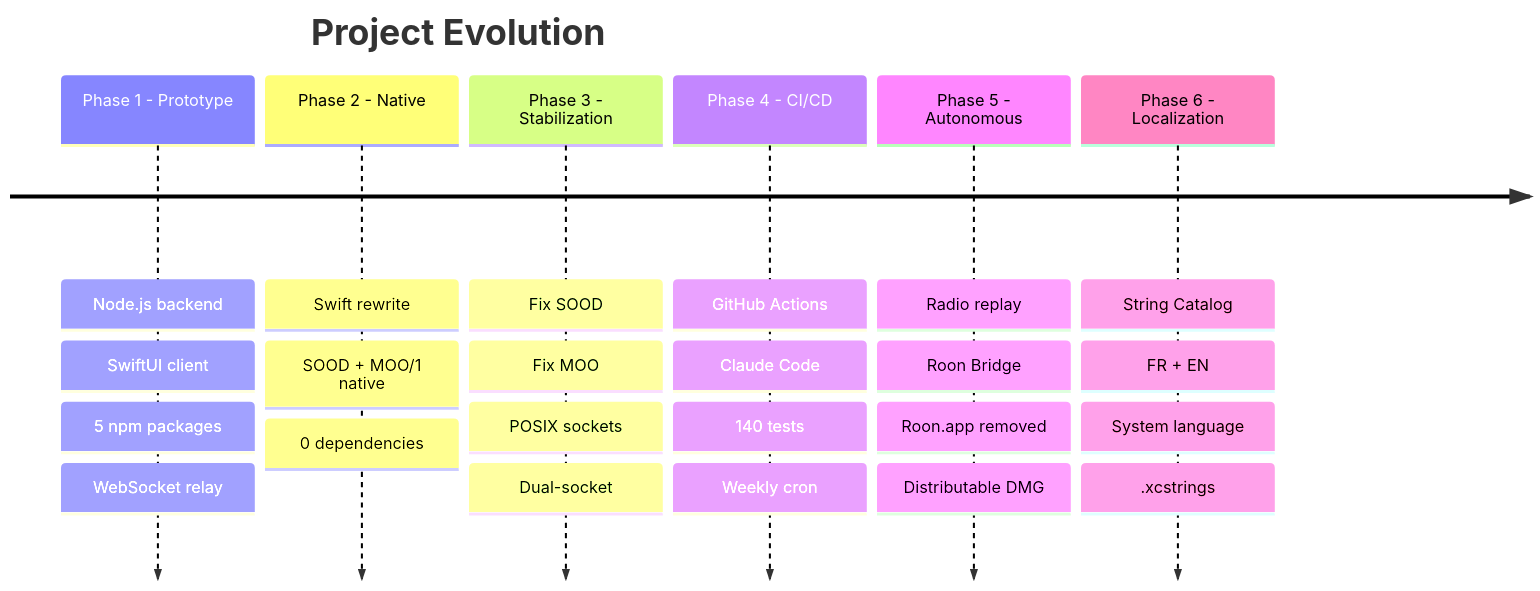
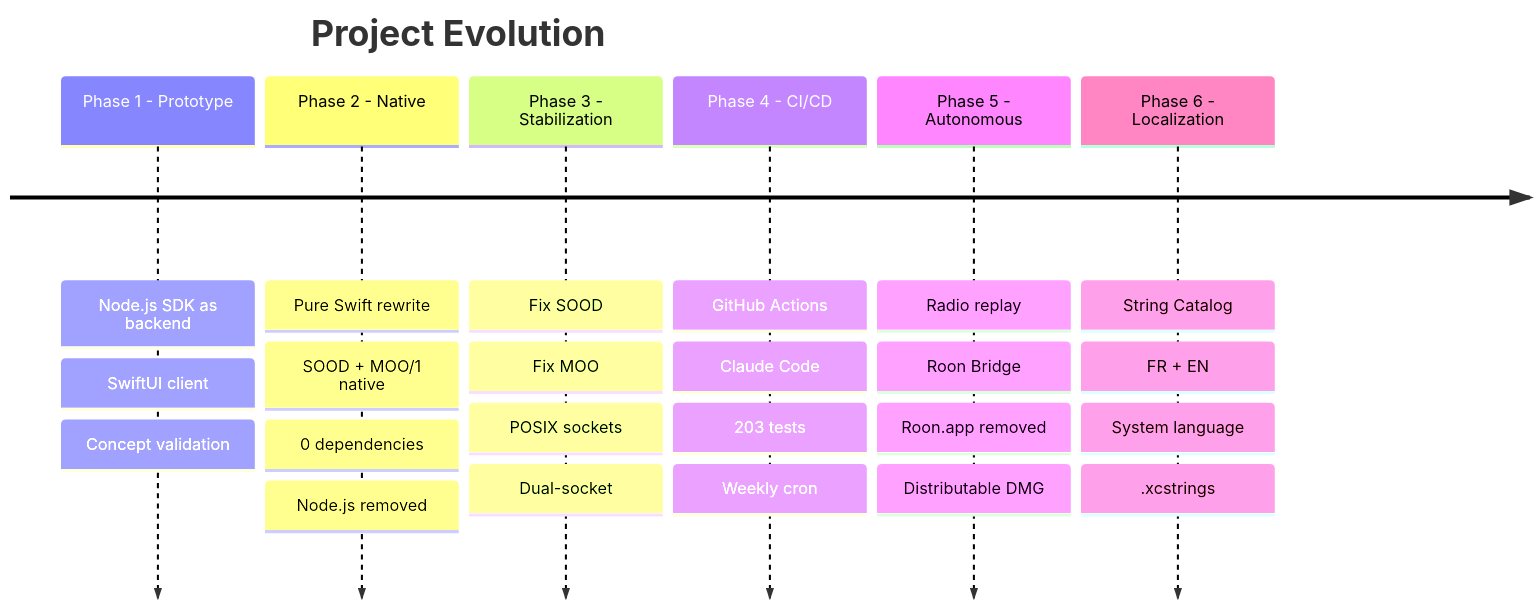
Before and after one commit to renesenses/roon-controller: the seventh of 7 diagrams in docs/PRESENTATION.en.md, drawn with Mermaid. The commit also changed other lines of this file and 1 other file, not shown here.

First line of the commit message:
Update presentation docs: fix Electron→dotnet, reframe Node.js sections, update test count to 203

````diff
--- a/docs/PRESENTATION.en.md
+++ b/docs/PRESENTATION.en.md
@@ -445,10 +452,10 @@
 ```mermaid
 timeline
     title Project Evolution
-    Phase 1 - Prototype : Node.js backend : SwiftUI client : 5 npm packages : WebSocket relay
-    Phase 2 - Native : Swift rewrite : SOOD + MOO/1 native : 0 dependencies
+    Phase 1 - Prototype : Node.js SDK as backend : SwiftUI client : Concept validation
+    Phase 2 - Native : Pure Swift rewrite : SOOD + MOO/1 native : 0 dependencies : Node.js removed
     Phase 3 - Stabilization : Fix SOOD : Fix MOO : POSIX sockets : Dual-socket
-    Phase 4 - CI/CD : GitHub Actions : Claude Code : 140 tests : Weekly cron
+    Phase 4 - CI/CD : GitHub Actions : Claude Code : 203 tests : Weekly cron
     Phase 5 - Autonomous : Radio replay : Roon Bridge : Roon.app removed : Distributable DMG
     Phase 6 - Localization : String Catalog : FR + EN : System language : .xcstrings
 ```
````
